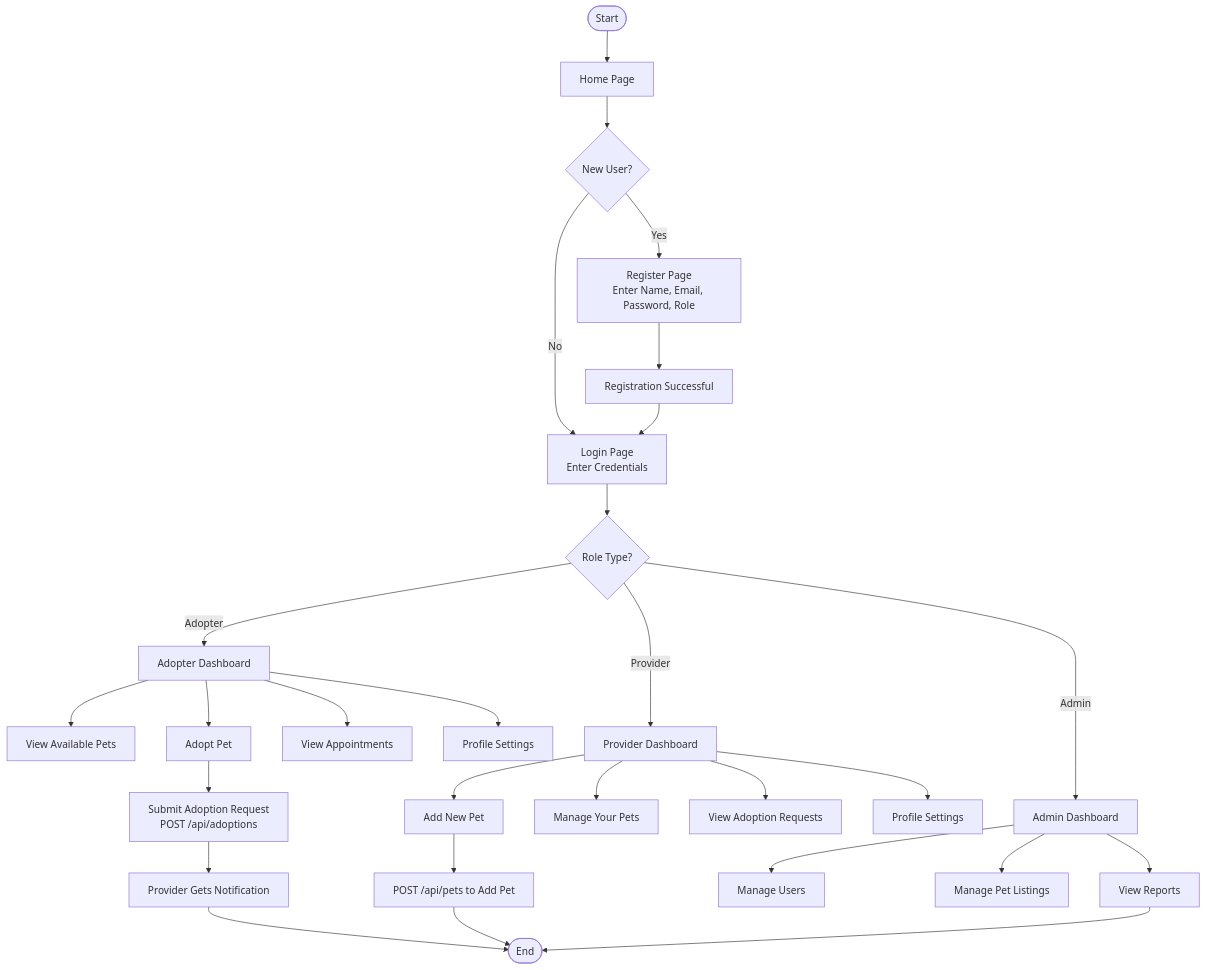
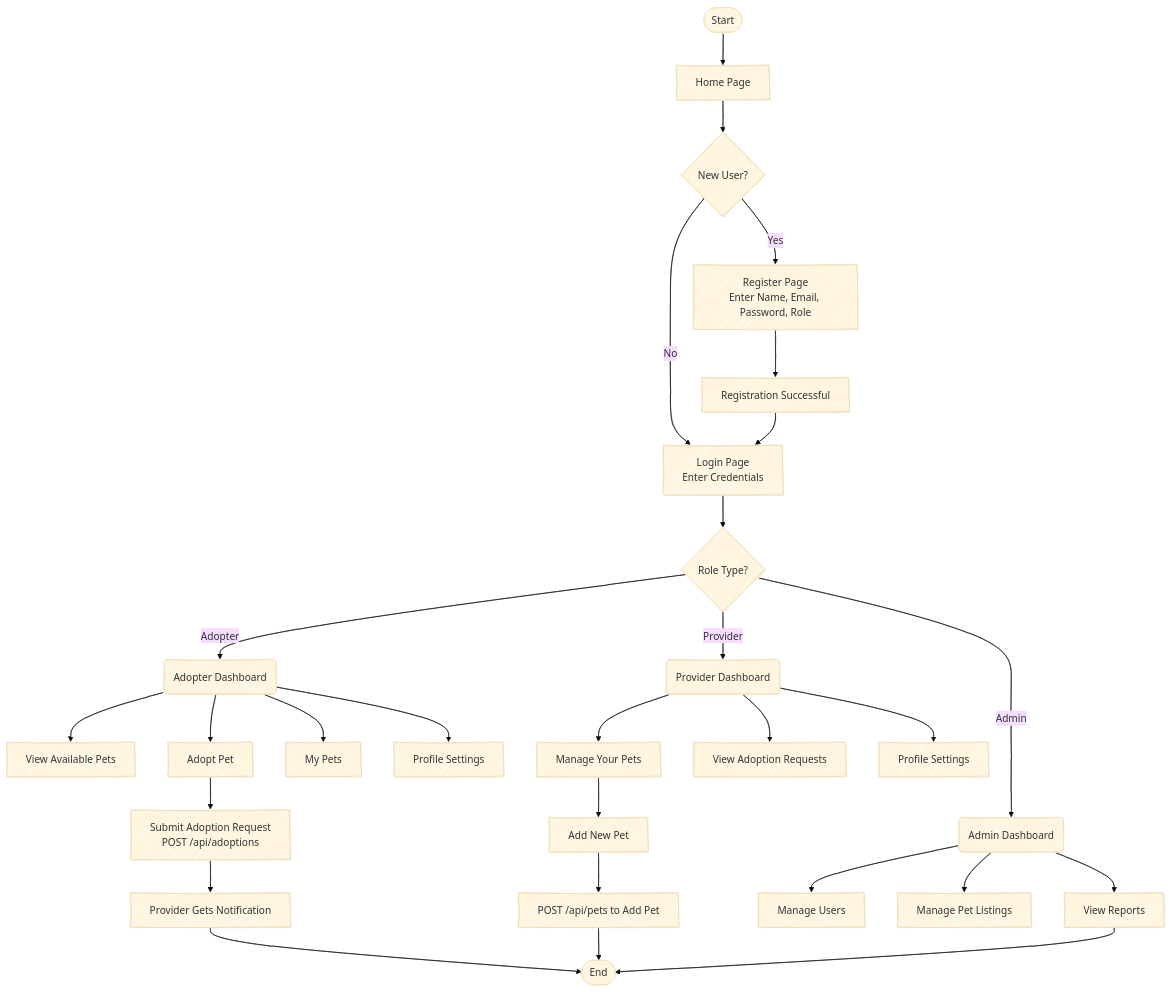
The diagram in docs/workflow.md (Thunder-Ultra/HappyTails), drawn with Mermaid before and after one commit.

Commit message:
Added Style to workflow and modified Adopter Dashboard and Provider Dashboard

````diff
--- a/docs/workflow.md
+++ b/docs/workflow.md
@@ -1,47 +3,33 @@
 ```mermaid
+---
+config:
+  layout: dagre
+  theme: base
+  look: handDrawn
+---
 flowchart TD
+    A(["Start"]) --> B["Home Page"]
+    B --> C{"New User?"}
+    C -- Yes --> D["Register Page<br>Enter Name, Email, Password, Role"]
+    C -- No --> E["Login Page<br>Enter Credentials"]
+    D --> F["Registration Successful"]
+    F --> E
+    E --> G{"Role Type?"}
+    G -- Adopter --> H["Adopter Dashboard"]
+    H --> H1["View Available Pets"] & H2["Adopt Pet"] & H3["My Pets"] & H4["Profile Settings"]
+    H2 --> H5["Submit Adoption Request<br>POST /api/adoptions"]
+    H5 --> H6["Provider Gets Notification"]
+    G -- Provider --> I["Provider Dashboard"]
+    I --> I2["Manage Your Pets"] & I3["View Adoption Requests"] & I4["Profile Settings"]
+    I1["Add New Pet"] --> I5["POST /api/pets to Add Pet"]
+    G -- Admin --> J["Admin Dashboard"]
+    J --> J1["Manage Users"] & J2["Manage Pet Listings"] & J3["View Reports"]
+    H6 --> K(["End"])
+    I5 --> K
+    J3 --> K
+    I2 --> I1
+    H@{ shape: rounded}
+    I@{ shape: rounded}
+    J@{ shape: rounded}
 
-%% ====== Start ======
-A([Start]) --> B[Home Page]
-
-%% ====== Home Page Decision ======
-B --> C{New User?}
-
-C -->|Yes| D[Register Page<br/>Enter Name, Email, Password, Role]
-C -->|No| E[Login Page<br/>Enter Credentials]
-
-%% ====== After Registration ======
-D --> F[Registration Successful]
-F --> E
-
-%% ====== Login and Role Decision ======
-E --> G{Role Type?}
-
-%% ====== Adopter Flow ======
-G -->|Adopter| H[Adopter Dashboard]
-H --> H1[View Available Pets]
-H --> H2[Adopt Pet]
-H --> H3[View Appointments]
-H --> H4[Profile Settings]
-H2 --> H5[Submit Adoption Request<br/>POST /api/adoptions]
-H5 --> H6[Provider Gets Notification]
-
-%% ====== Provider Flow ======
-G -->|Provider| I[Provider Dashboard]
-I --> I1[Add New Pet]
-I --> I2[Manage Your Pets]
-I --> I3[View Adoption Requests]
-I --> I4[Profile Settings]
-I1 --> I5[POST /api/pets to Add Pet]
-
-%% ====== Admin Flow ======
-G -->|Admin| J[Admin Dashboard]
-J --> J1[Manage Users]
-J --> J2[Manage Pet Listings]
-J --> J3[View Reports]
-
-%% ====== End ======
-H6 --> K([End])
-I5 --> K
-J3 --> K
 ```
````
